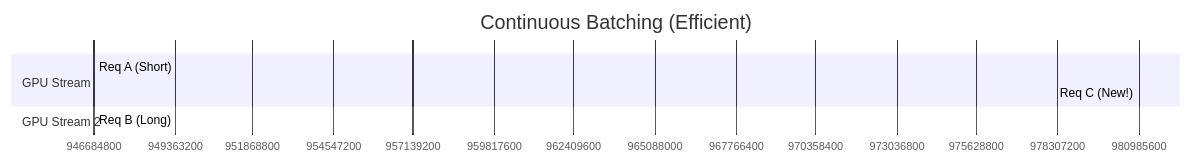
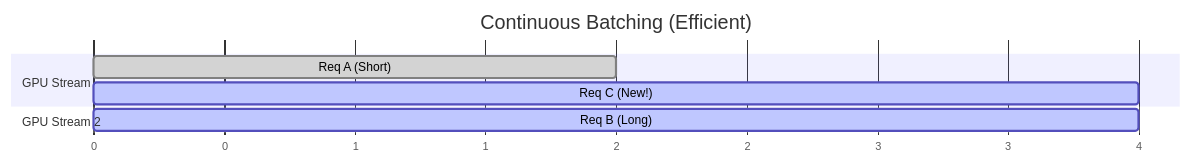
The second of 2 diagrams in docs/src/concepts/continuous_batching.md (Ammar-Alnagar/YAIE), drawn with Mermaid before and after one commit. The commit also changed other lines of this file and 5 other files, not shown here.

````diff
--- a/docs/src/concepts/continuous_batching.md
+++ b/docs/src/concepts/continuous_batching.md
@@ -27,13 +27,13 @@
 ```mermaid
 gantt
     title Continuous Batching (Efficient)
-    dateFormat S
+    dateFormat X
     axisFormat %s
 
     section GPU Stream
-    Req A (Short) :done, a1, 0, 2s
-    Req C (New!)  :active, c1, 2, 4s
+    Req A (Short) :done, a1, 0, 2
+    Req C (New!)  :active, c1, 2, 4
 
     section GPU Stream 2
-    Req B (Long)  :active, b1, 0, 4s
+    Req B (Long)  :active, b1, 0, 4
 ```
````
